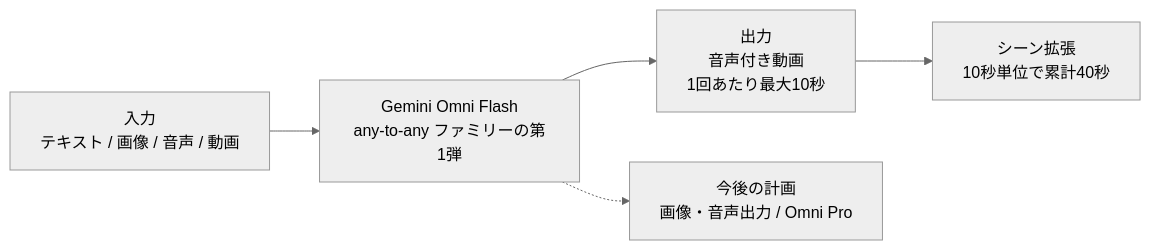
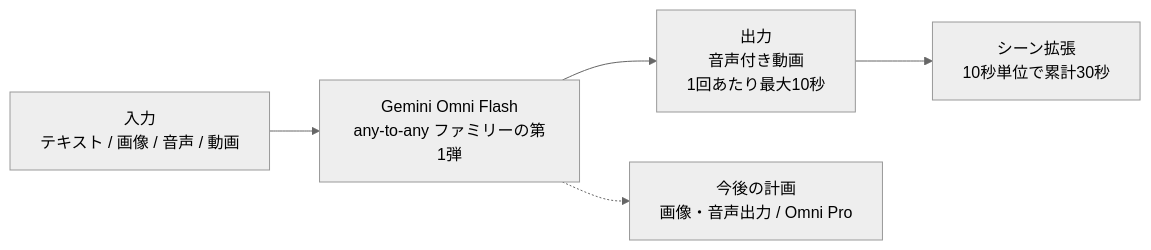
Before and after one commit to myoshi2891/Comparison-of-LLMs: the first of 7 diagrams in Gemini-omni-best-practices-guide.md, drawn with Mermaid (neutral theme). The commit also changed other lines of this file and 1 other file, not shown here.

````diff
--- a/Gemini-omni-best-practices-guide.md
+++ b/Gemini-omni-best-practices-guide.md
@@ -57,7 +58,7 @@
 ```mermaid
 flowchart LR
     A["入力<br/>テキスト / 画像 / 音声 / 動画"] --> B["Gemini Omni Flash<br/>any-to-any ファミリーの第1弾"]
     B --> C["出力<br/>音声付き動画<br/>1回あたり最大10秒"]
-    C --> D["シーン拡張<br/>10秒単位で累計40秒"]
+    C --> D["シーン拡張<br/>10秒単位で累計30秒"]
     B -.-> E["今後の計画<br/>画像・音声出力 / Omni Pro"]
 ```
````
